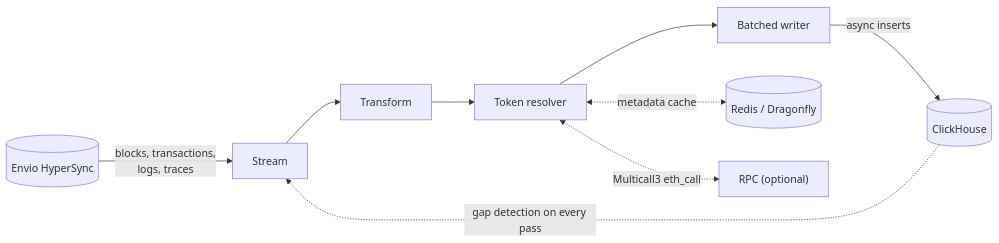
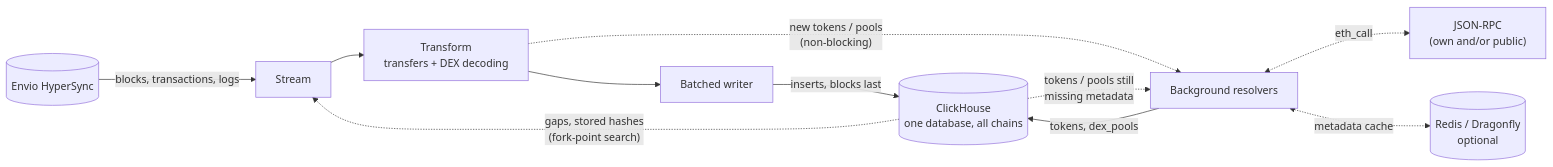
The diagram in README.md (eabz/evm-indexer), drawn with Mermaid before and after one commit. The commit also changed other lines of this file and 7 other files, not shown here.

````diff
--- a/README.md
+++ b/README.md
@@ -25,11 +49,13 @@
 ```mermaid
 flowchart LR
-    HS[("Envio HyperSync")] -->|"blocks, transactions,<br/>logs, traces"| S["Stream"]
-    S --> T["Transform"]
-    T --> R["Token resolver"]
-    R --> W["Batched writer"]
-    W -->|"async inserts"| CH[("ClickHouse")]
-    R <-.->|"metadata cache"| C[("Redis / Dragonfly")]
-    R <-.->|"Multicall3 eth_call"| RPC["RPC (optional)"]
-    CH -.->|"gap detection on every pass"| S
+    HS[("Envio HyperSync")] -->|"blocks, transactions, logs"| S["Stream"]
+    S --> T["Transform<br/>transfers + DEX decoding"]
+    T --> W["Batched writer"]
+    W -->|"inserts, blocks last"| CH[("ClickHouse<br/>one database, all chains")]
+    CH -.->|"gaps, stored hashes<br/>(fork-point search)"| S
+    T -.->|"new tokens / pools<br/>(non-blocking)"| BG["Background resolvers"]
+    CH -.->|"tokens / pools still<br/>missing metadata"| BG
+    BG -->|"tokens, dex_pools"| CH
+    BG <-.->|"eth_call"| RPC["JSON-RPC<br/>(own and/or public)"]
+    BG <-.->|"metadata cache"| C[("Redis / Dragonfly<br/>optional")]
 ```
````
